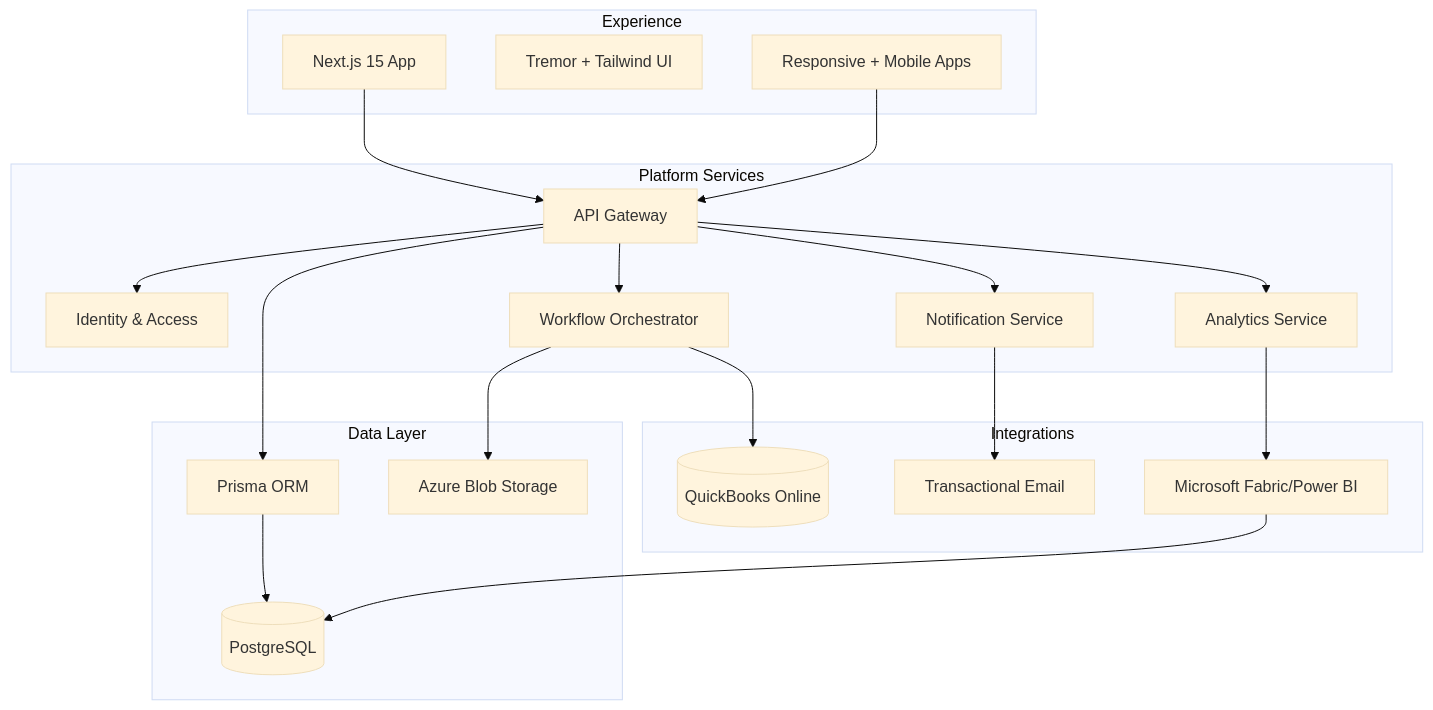
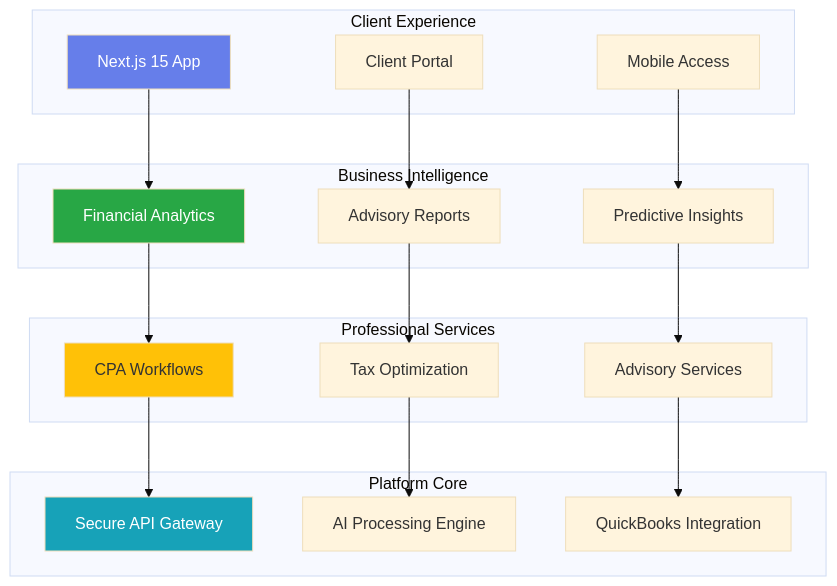
One commit to markus41/AdvisorOS changed the first of 3 diagrams in docs/index.md. Above: the diagram before and after it, drawn with Mermaid (base theme). The commit also changed other lines of this file and 2 other files, not shown here.

Commit message:
Complete wiki transformation: Create business-focused, professional documentation

````diff
--- a/docs/index.md
+++ b/docs/index.md
@@ -49,39 +120,38 @@
 ```mermaid
 graph TD
-  subgraph Experience
+  subgraph Client Experience
     UI[Next.js 15 App]
-    DesignSystem[Tremor + Tailwind UI]
-    Mobile[Responsive + Mobile Apps]
+    Portal[Client Portal]
+    Mobile[Mobile Access]
   end
-  subgraph Platform Services
-    API[API Gateway]
-    Auth[Identity & Access]
-    Workflow[Workflow Orchestrator]
-    Notifications[Notification Service]
-    AnalyticsSvc[Analytics Service]
+  subgraph Business Intelligence
+    Analytics[Financial Analytics]
+    Reports[Advisory Reports]
+    Insights[Predictive Insights]
   end
-  subgraph Data Layer
-    DB[(PostgreSQL)]
-    Prisma[Prisma ORM]
-    Blob[Azure Blob Storage]
+  subgraph Professional Services
+    CPA[CPA Workflows]
+    Tax[Tax Optimization]
+    Advisory[Advisory Services]
   end
-  subgraph Integrations
-    QuickBooks[(QuickBooks Online)]
-    Email[Transactional Email]
-    Fabric[Microsoft Fabric/Power BI]
+  subgraph Platform Core
+    API[Secure API Gateway]
+    AI[AI Processing Engine]
+    Integration[QuickBooks Integration]
   end
 
-  UI --> API
-  Mobile --> API
-  API --> Auth
-  API --> Workflow
-  API --> Notifications
-  API --> AnalyticsSvc
-  API --> Prisma
-  Prisma --> DB
-  Workflow --> Blob
-  Workflow --> QuickBooks
-  Notifications --> Email
-  AnalyticsSvc --> Fabric
-  Fabric --> DB
+  UI --> Analytics
+  Portal --> Reports
+  Mobile --> Insights
+  Analytics --> CPA
+  Reports --> Tax
+  Insights --> Advisory
+  CPA --> API
+  Tax --> AI
+  Advisory --> Integration
+  
+  style UI fill:#667eea,color:#fff
+  style Analytics fill:#28a745,color:#fff
+  style CPA fill:#ffc107,color:#333
+  style API fill:#17a2b8,color:#fff
 ```
````
